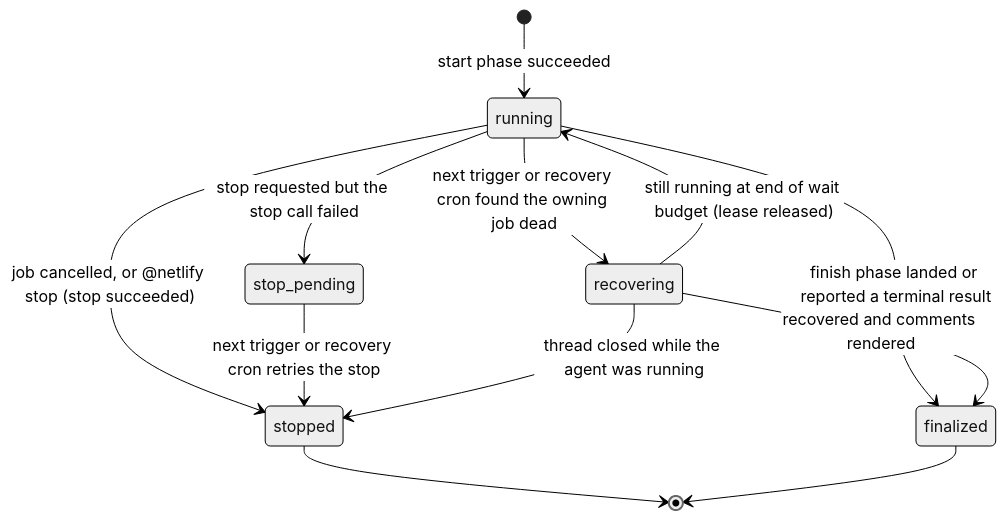
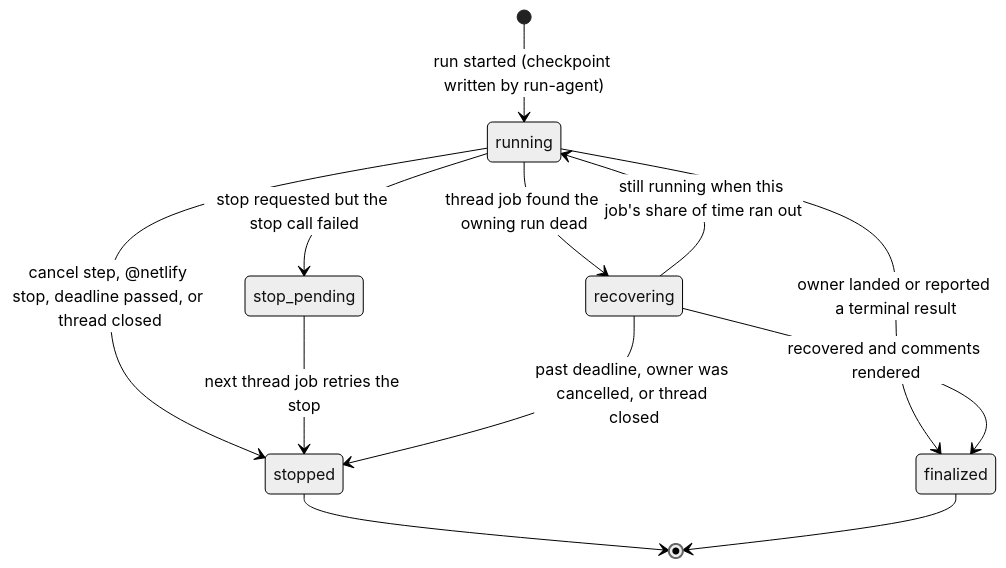
Before and after one commit to netlify-labs/agent-runner-action: the diagram in docs/plans/agent-runner-scope-recovery-release-ask-plan.md, drawn with Mermaid (neutral theme). The commit also changed other lines of this file, not shown here.

````diff
--- a/docs/plans/agent-runner-scope-recovery-release-ask-plan.md
+++ b/docs/plans/agent-runner-scope-recovery-release-ask-plan.md
@@ -287,14 +316,14 @@
 ```mermaid
 stateDiagram-v2
-  [*] --> running: start phase succeeded
-  running --> finalized: finish phase landed or reported a terminal result
-  running --> stopped: job cancelled, or @netlify stop (stop succeeded)
+  [*] --> running: run started (checkpoint written by run-agent)
+  running --> finalized: owner landed or reported a terminal result
+  running --> stopped: cancel step, @netlify stop, deadline passed, or thread closed
   running --> stop_pending: stop requested but the stop call failed
-  stop_pending --> stopped: next trigger or recovery cron retries the stop
-  running --> recovering: next trigger or recovery cron found the owning job dead
+  stop_pending --> stopped: next thread job retries the stop
+  running --> recovering: thread job found the owning run dead
   recovering --> finalized: recovered and comments rendered
-  recovering --> stopped: thread closed while the agent was running
-  recovering --> running: still running at end of wait budget (lease released)
+  recovering --> stopped: past deadline, owner was cancelled, or thread closed
+  recovering --> running: still running when this job's share of time ran out
   stopped --> [*]
   finalized --> [*]
 ```
````
